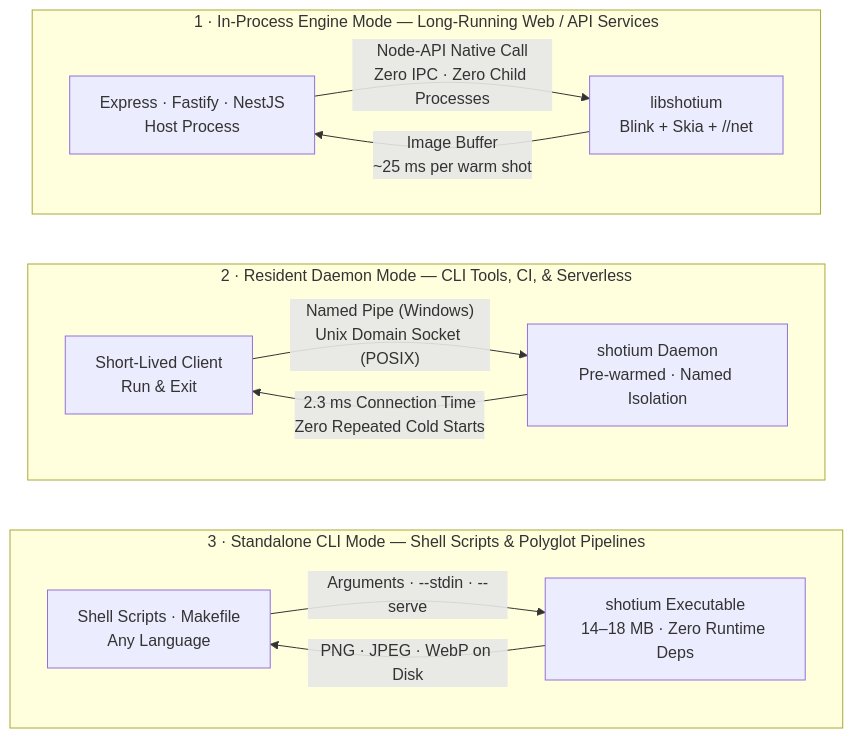
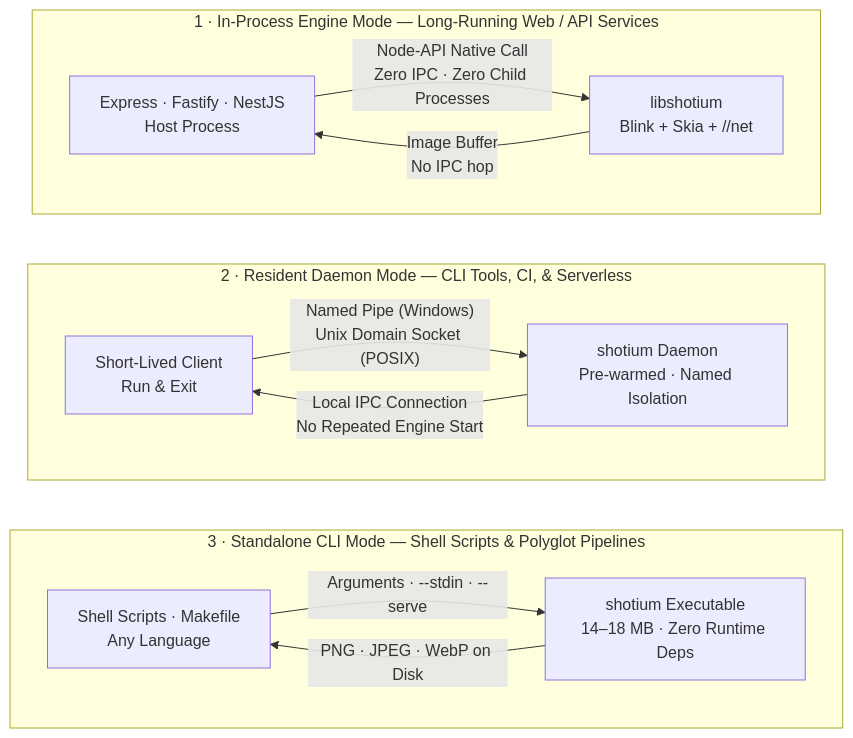
One commit to sj817/shotium changed the first of 2 diagrams in README.md. Above: the diagram before and after it, drawn with Mermaid. The commit also changed other lines of this file and 68 other files, not shown here.

````diff
--- a/README.md
+++ b/README.md
@@ -196,28 +169,28 @@
 ```mermaid
 flowchart TB
     subgraph inproc["1 · In-Process Engine Mode — Long-Running Web / API Services"]
         direction LR
         APP["Express · Fastify · NestJS<br/>Host Process"]
         LIB["libshotium<br/>Blink + Skia + //net"]
         APP -- "Node-API Native Call<br/>Zero IPC · Zero Child Processes" --> LIB
-        LIB -- "Image Buffer<br/>~25 ms per warm shot" --> APP
+        LIB -- "Image Buffer<br/>No IPC hop" --> APP
     end
 
     subgraph resident["2 · Resident Daemon Mode — CLI Tools, CI, & Serverless"]
         direction LR
         TASK["Short-Lived Client<br/>Run & Exit"]
         DAEMON["shotium Daemon<br/>Pre-warmed · Named Isolation"]
         TASK -- "Named Pipe (Windows)<br/>Unix Domain Socket (POSIX)" --> DAEMON
-        DAEMON -- "2.3 ms Connection Time<br/>Zero Repeated Cold Starts" --> TASK
+        DAEMON -- "Local IPC Connection<br/>No Repeated Engine Start" --> TASK
     end
 
     subgraph standalone["3 · Standalone CLI Mode — Shell Scripts & Polyglot Pipelines"]
         direction LR
         SHELL["Shell Scripts · Makefile<br/>Any Language"]
         BIN["shotium Executable<br/>14–18 MB · Zero Runtime Deps"]
         SHELL -- "Arguments · --stdin · --serve" --> BIN
         BIN -- "PNG · JPEG · WebP on Disk" --> SHELL
     end
 
     inproc ~~~ resident ~~~ standalone
 ```
````
